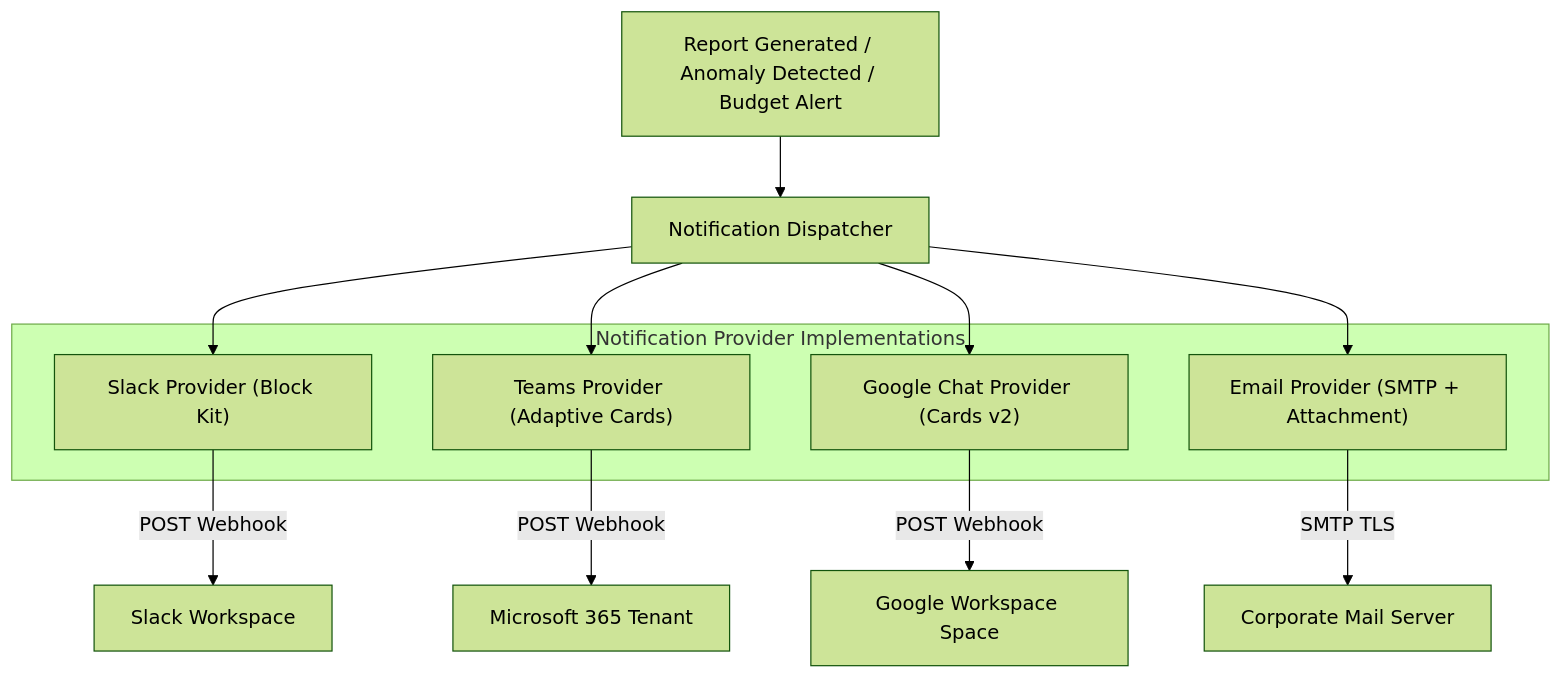
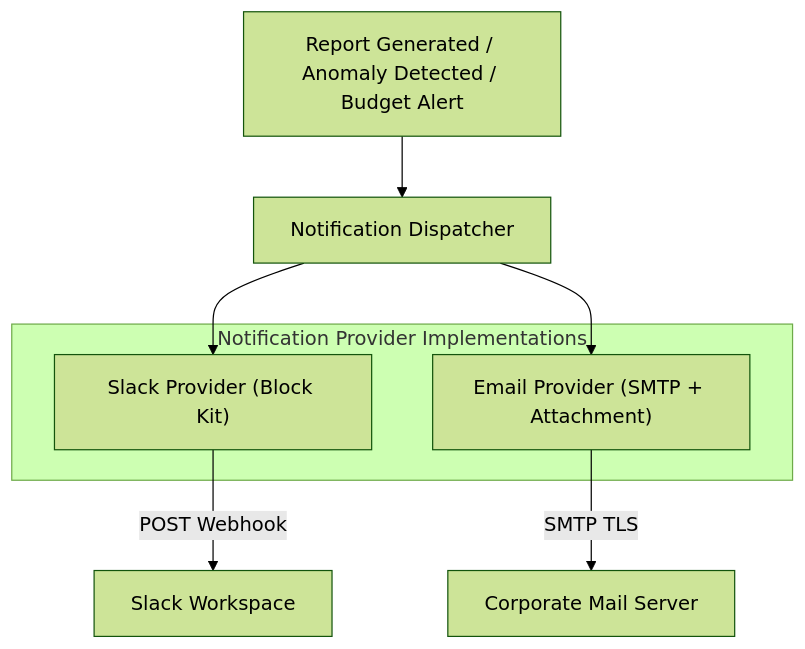
One commit to bh-gaur/cloud-cost-intelligence changed the fourth of 6 diagrams in docs/ARCHITECTURE.md. Above: the diagram before and after it, drawn with Mermaid (forest theme). The commit also changed other lines of this file and 62 other files, not shown here.

````diff
--- a/docs/ARCHITECTURE.md
+++ b/docs/ARCHITECTURE.md
@@ -154,24 +147,18 @@
 ```mermaid
 flowchart TD
     Trigger["Report Generated / Anomaly Detected / Budget Alert"]
     Dispatcher["Notification Dispatcher"]
     
     Trigger --> Dispatcher
 
     subgraph Providers ["Notification Provider Implementations"]
         P_Slack["Slack Provider (Block Kit)"]
-        P_Teams["Teams Provider (Adaptive Cards)"]
-        P_GChat["Google Chat Provider (Cards v2)"]
         P_Email["Email Provider (SMTP + Attachment)"]
     end
 
     Dispatcher --> P_Slack
-    Dispatcher --> P_Teams
-    Dispatcher --> P_GChat
     Dispatcher --> P_Email
 
     P_Slack --> |POST Webhook| SlackAPI["Slack Workspace"]
-    P_Teams --> |POST Webhook| TeamsAPI["Microsoft 365 Tenant"]
-    P_GChat --> |POST Webhook| GChatAPI["Google Workspace Space"]
     P_Email --> |SMTP TLS| MailServer["Corporate Mail Server"]
 ```
````
